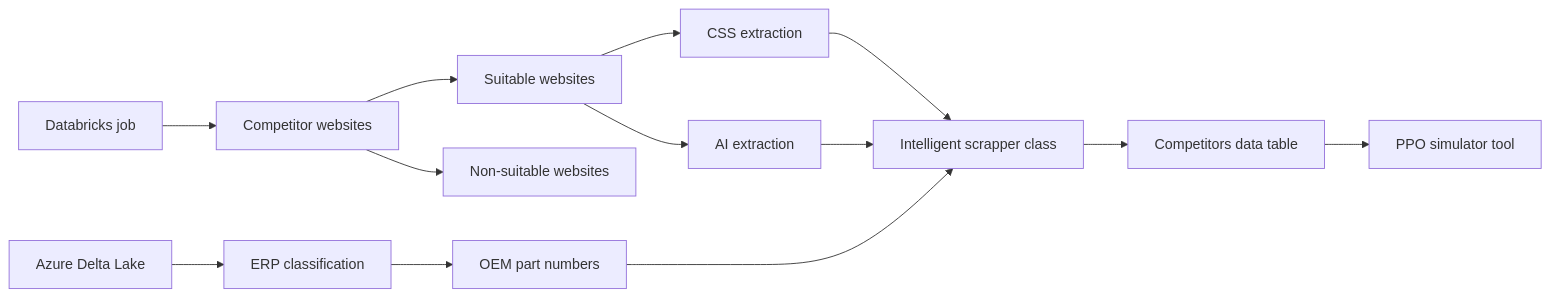
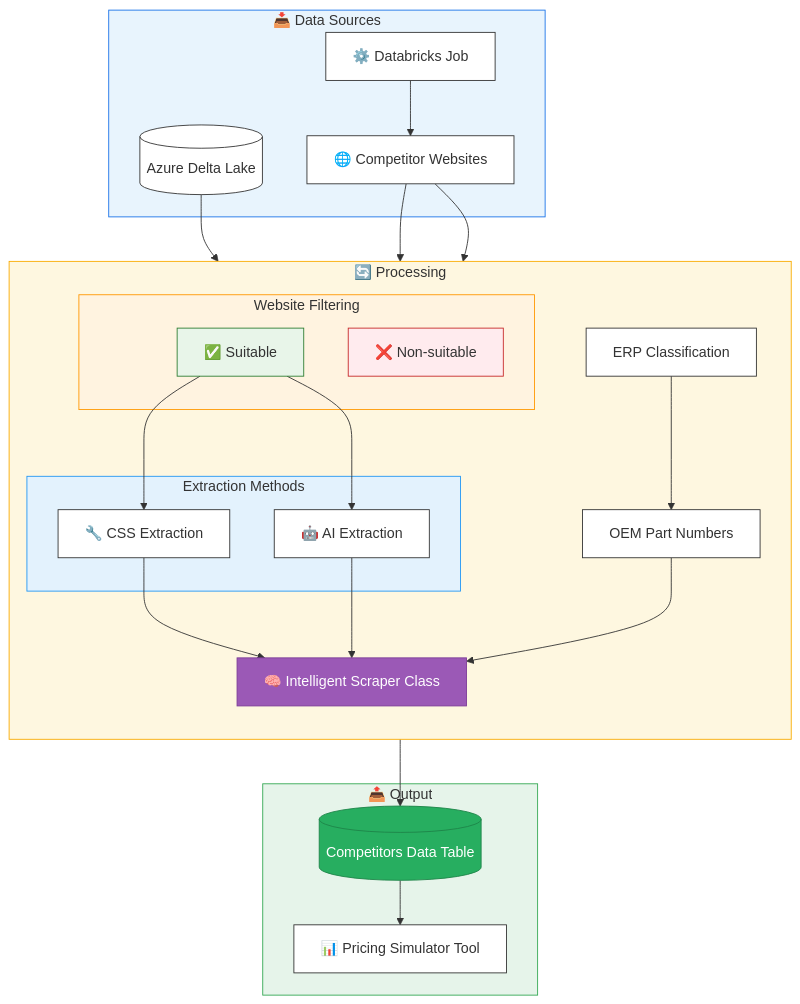
One commit to oddmayo/quarto changed the second of 3 diagrams in Gen10/AI-Scraper.qmd. Above: the diagram before and after it, drawn with Mermaid. The commit also changed other lines of this file and 1 other file, not shown here.

````diff
--- a/Gen10/AI-Scraper.qmd
+++ b/Gen10/AI-Scraper.qmd
@@ -223,30 +230,63 @@
 ```{mermaid}
-flowchart LR
-
-    J[Databricks job]
-    K[Azure Delta Lake]
+%%| fig-width: 8
+flowchart TB
+    subgraph INPUT ["📥 Data Sources"]
+        K[(Azure Delta Lake)]
+        J[⚙️ Databricks Job]
+        A[🌐 Competitor Websites]
+    end
+    
+    subgraph PROCESS ["🔄 Processing"]
+        direction TB
+        L[ERP Classification]
+        I[OEM Part Numbers]
+        
+        subgraph FILTER ["Website Filtering"]
+            B[❌ Non-suitable]
+            C[✅ Suitable]
+        end
+        
+        subgraph EXTRACT ["Extraction Methods"]
+            F[🔧 CSS Extraction]
+            G[🤖 AI Extraction]
+        end
+        
+        M[🧠 Intelligent Scraper Class]
+    end
+    
+    subgraph OUTPUT ["📤 Output"]
+        H[(Competitors Data Table)]
+        N[📊 Pricing Simulator Tool]
+    end
+    
     J --> A
-    I[OEM part numbers]
-    A[Competitor websites] --> B[Non-suitable websites]
-    A --> C[Suitable websites]
-    F[CSS extraction]
-    G[AI extraction]
+    K --> L
+    L --> I
+    A --> B
+    A --> C
     C --> F
     C --> G
     F --> M
     G --> M
-    H[Competitors data table]
-
-    M[Intelligent scrapper class]
+    I --> M
+    M --> H
+    H --> N
     
-    K --> L[ERP classification]
-    L --> I
-    I ---> M
-    M --> H
-    
-
-    N[PPO simulator tool]
-    
-    H --> N
-   
+    style INPUT fill:#e8f4fd,stroke:#1a73e8
+    style PROCESS fill:#fef7e0,stroke:#f9ab00
+    style OUTPUT fill:#e6f4ea,stroke:#34a853
+    style FILTER fill:#fff3e0,stroke:#ff9800,color:#333
+    style EXTRACT fill:#e3f2fd,stroke:#2196f3,color:#333
+    style M fill:#9b59b6,color:#fff,stroke:#7d3c98
+    style H fill:#27ae60,color:#fff,stroke:#1e8449
+    style J fill:#fff,stroke:#333,color:#333
+    style K fill:#fff,stroke:#333,color:#333
+    style A fill:#fff,stroke:#333,color:#333
+    style L fill:#fff,stroke:#333,color:#333
+    style I fill:#fff,stroke:#333,color:#333
+    style B fill:#ffebee,stroke:#c62828,color:#333
+    style C fill:#e8f5e9,stroke:#2e7d32,color:#333
+    style F fill:#fff,stroke:#333,color:#333
+    style G fill:#fff,stroke:#333,color:#333
+    style N fill:#fff,stroke:#333,color:#333
 ```
````
